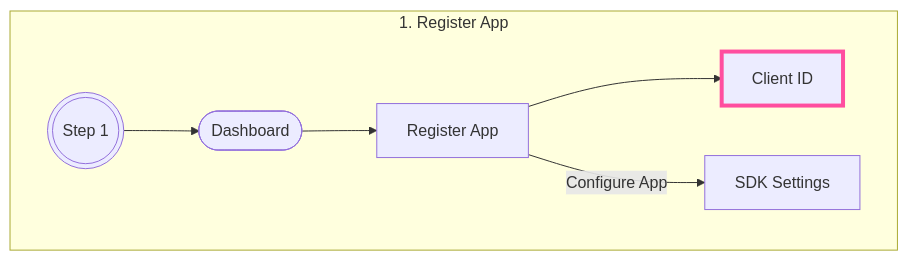
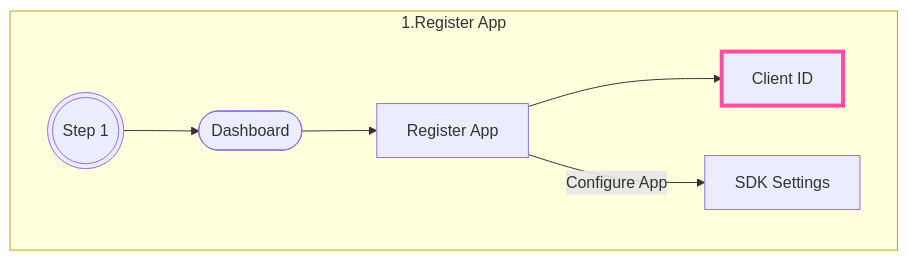
Before and after one commit to shaloo/docs.arcana: the first of 4 diagrams in docs/introduction/index.md, drawn with Mermaid. The commit also changed other lines of this file and 3 other files, not shown here.

Commit message:
Fix: #AR-8745 check and fix mermaid diagram space issue in latest MKdocs tooling

````diff
--- a/docs/introduction/index.md
+++ b/docs/introduction/index.md
@@ -20,12 +20,12 @@
     ```mermaid
     flowchart LR
-        subgraph Register [1. Register App]
+        subgraph Register [1.Register App]
         direction LR
           A0(((Step 1))) --> B0([Dashboard])
           B0 --> C0[Register App] --> E0[Client ID] 
           C0 -- Configure App --> D0[SDK Settings]   
         end
 
     classDef an-pink stroke:#ff4e9f,stroke-width:0.25rem;
     class E0 an-pink
     ```
````
